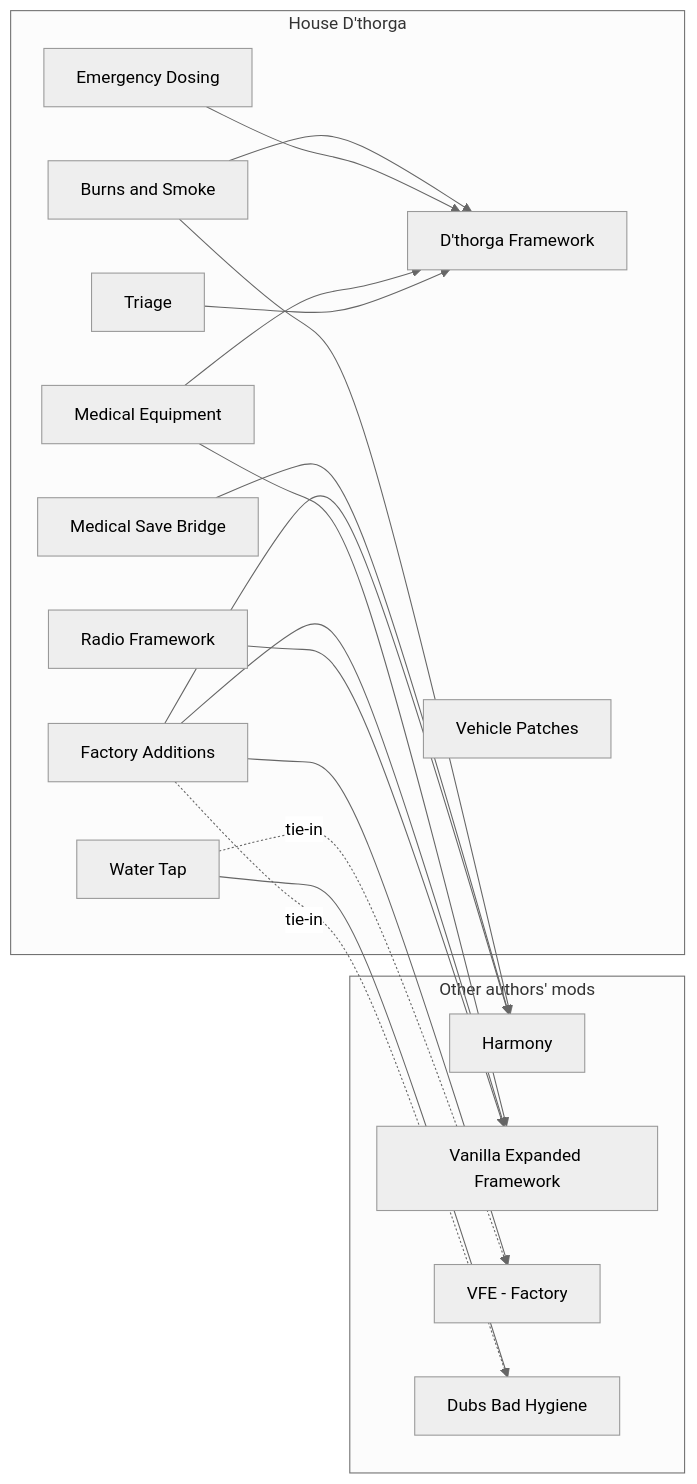
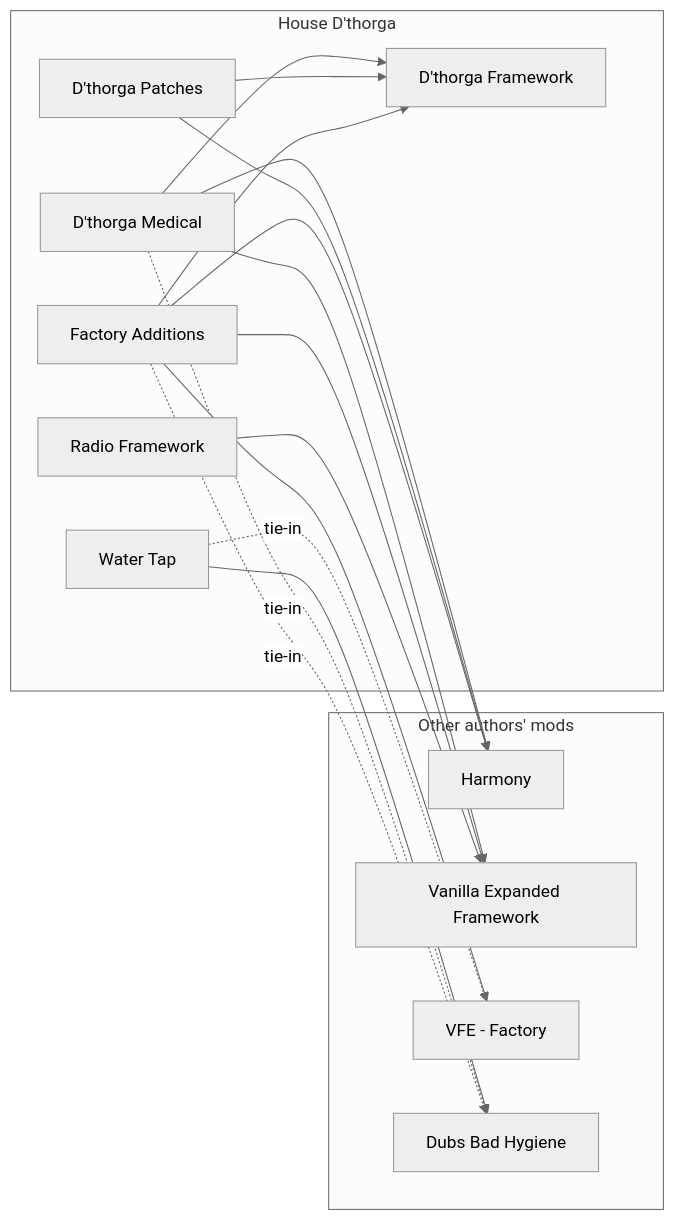
Before and after one commit to phobos-dthorga/phobos-rimworld: the diagram in README.md, drawn with Mermaid (neutral theme). The commit also changed other lines of this file and 321 other files, not shown here.

````diff
--- a/README.md
+++ b/README.md
@@ -39,35 +35,31 @@
 ```mermaid
 flowchart LR
     subgraph ours["House D'thorga"]
         Framework["D'thorga Framework"]
-        Burns["Burns and Smoke"]
-        Dosing["Emergency Dosing"]
-        Equipment["Medical Equipment"]
-        Triage["Triage"]
-        Bridge["Medical Save Bridge"]
+        Medical["D'thorga Medical"]
+        Patches["D'thorga Patches"]
         Factory["Factory Additions"]
-        Vehicles["Vehicle Patches"]
         Tap["Water Tap"]
         Radio["Radio Framework"]
     end
     subgraph theirs["Other authors' mods"]
         Harmony["Harmony"]
         VEF["Vanilla Expanded Framework"]
         VFEF["VFE - Factory"]
         DBH["Dubs Bad Hygiene"]
     end
-    Burns --> Framework
-    Dosing --> Framework
-    Equipment --> Framework
-    Triage --> Framework
-    Burns --> Harmony
-    Bridge --> Harmony
+    Medical --> Framework
+    Patches --> Framework
+    Factory --> Framework
+    Medical --> Harmony
+    Patches --> Harmony
     Factory --> Harmony
-    Equipment --> VEF
+    Medical --> VEF
     Factory --> VEF
     Radio --> VEF
     Factory --> VFEF
     Tap --> DBH
+    Medical -. "tie-in" .-> DBH
     Factory -. "tie-in" .-> DBH
     Tap -. "tie-in" .-> VFEF
 ```
````
